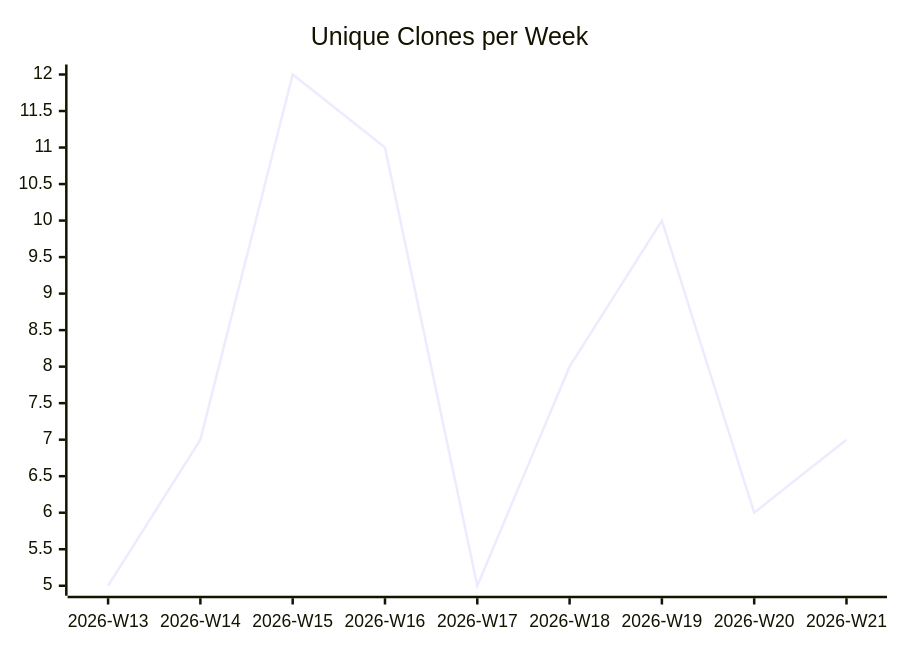
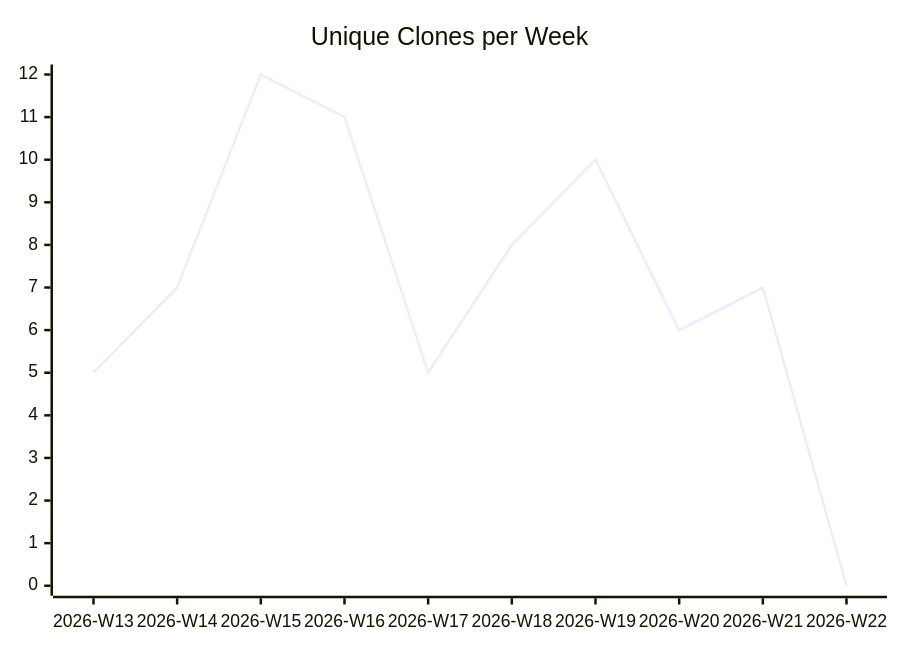
Before and after one commit to justdavis-family/github-analytics-data: the third of 3 diagrams in karlmdavis/fhir-benchmarks/README.md, drawn with Mermaid. The commit also changed other lines of this file and 190 other files, not shown here.

````diff
--- a/karlmdavis/fhir-benchmarks/README.md
+++ b/karlmdavis/fhir-benchmarks/README.md
@@ -19,6 +19,6 @@
 ```mermaid
 xychart-beta
   title "Unique Clones per Week"
-  x-axis ["2026-W13", "2026-W14", "2026-W15", "2026-W16", "2026-W17", "2026-W18", "2026-W19", "2026-W20", "2026-W21"]
-  line [5, 7, 12, 11, 5, 8, 10, 6, 7]
+  x-axis ["2026-W13", "2026-W14", "2026-W15", "2026-W16", "2026-W17", "2026-W18", "2026-W19", "2026-W20", "2026-W21", "2026-W22"]
+  line [5, 7, 12, 11, 5, 8, 10, 6, 7, 0]
 ```
````
